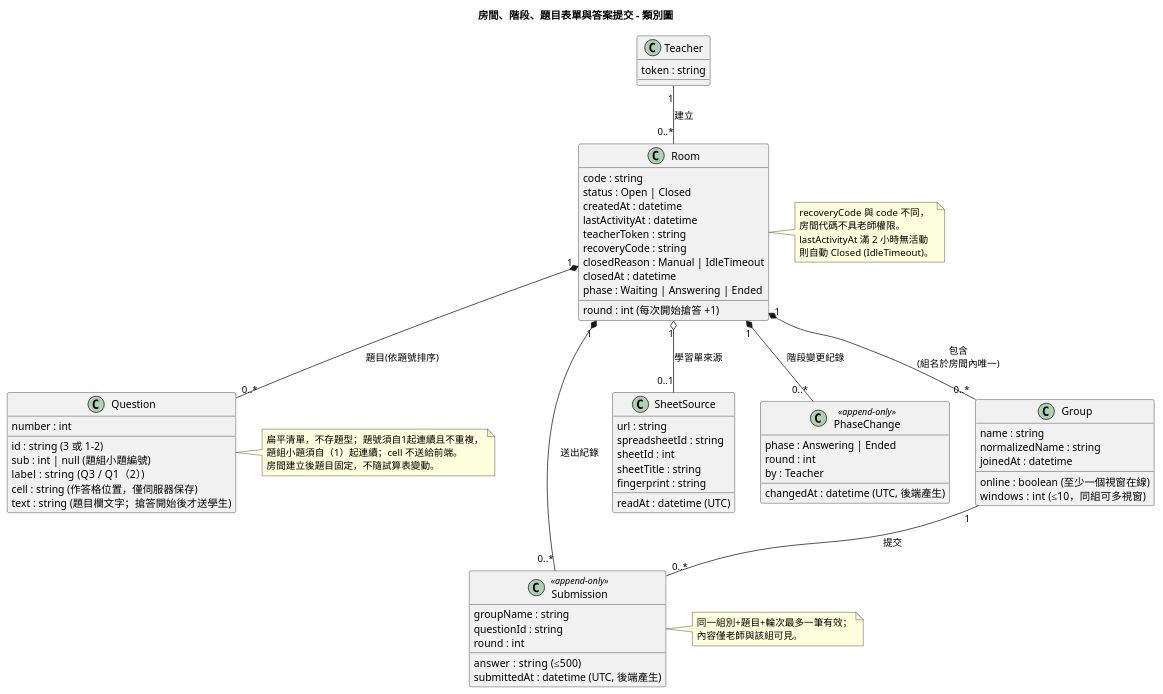
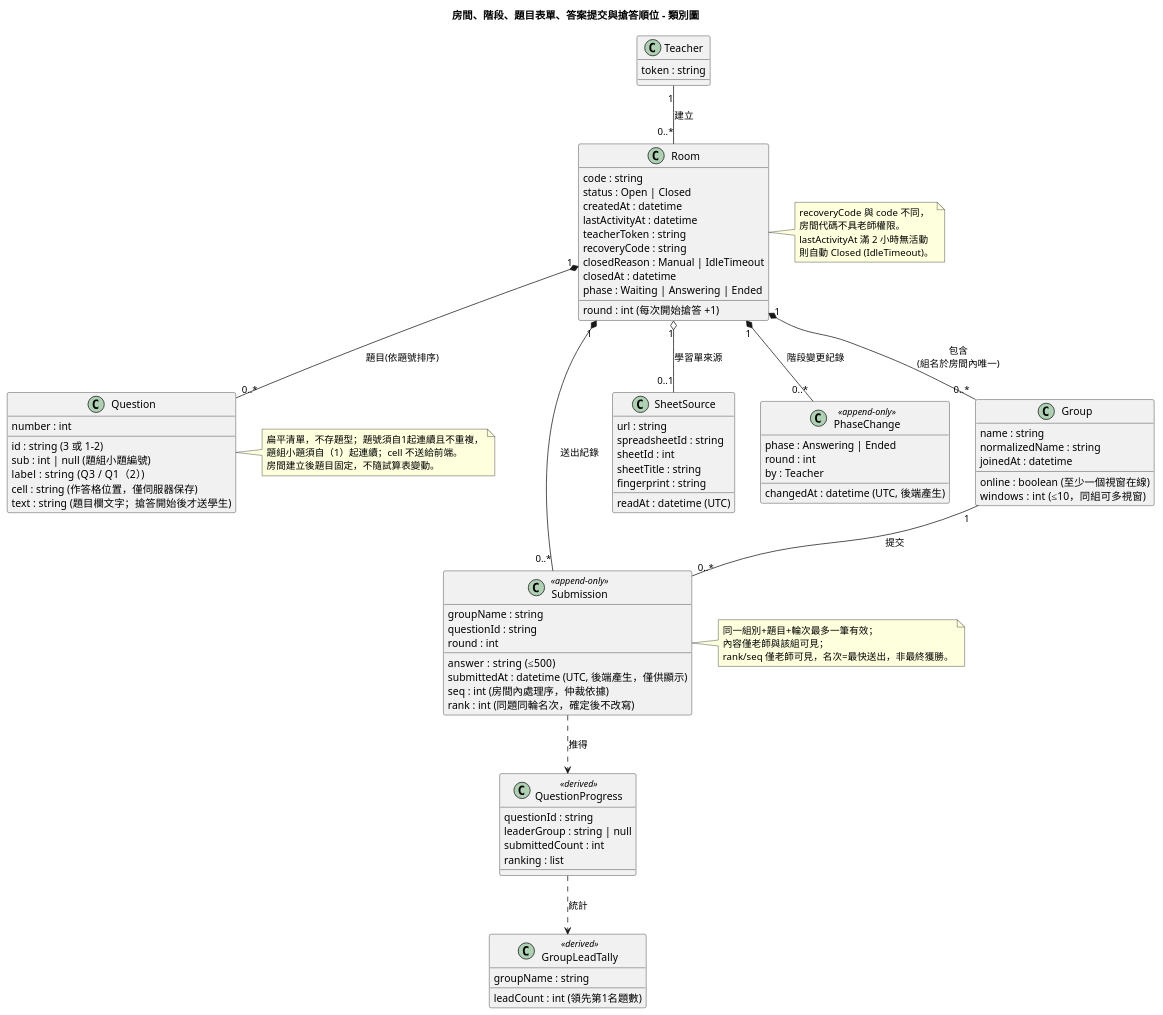
One commit to lin900822/ncu-se-final changed the diagram in diagrams/class.puml. Above: the diagram before and after it, drawn with PlantUML. The commit also changed 27 other files, not shown here.

```diff
--- a/diagrams/class.puml
+++ b/diagrams/class.puml
@@ -1,76 +1,91 @@
 @startuml class
-title 房間、階段、題目表單與答案提交 - 類別圖
+title 房間、階段、題目表單、答案提交與搶答順位 - 類別圖
 class Room {
   code : string
   status : Open | Closed
   createdAt : datetime
   lastActivityAt : datetime
   teacherToken : string
   recoveryCode : string
   closedReason : Manual | IdleTimeout
   closedAt : datetime
   phase : Waiting | Answering | Ended
   round : int (每次開始搶答 +1)
 }
 class Question {
   id : string (3 或 1-2)
   number : int
   sub : int | null (題組小題編號)
   label : string (Q3 / Q1（2）)
   cell : string (作答格位置，僅伺服器保存)
   text : string (題目欄文字；搶答開始後才送學生)
 }
 class SheetSource {
   url : string
   spreadsheetId : string
   sheetId : int
   sheetTitle : string
   readAt : datetime (UTC)
   fingerprint : string
 }
 note right of Question
   扁平清單，不存題型；題號須自1起連續且不重複，
   題組小題須自（1）起連續；cell 不送給前端。
   房間建立後題目固定，不隨試算表變動。
 end note
 class Submission <<append-only>> {
   groupName : string
   questionId : string
   round : int
   answer : string (≤500)
-  submittedAt : datetime (UTC, 後端產生)
+  submittedAt : datetime (UTC, 後端產生，僅供顯示)
+  seq : int (房間內處理序，仲裁依據)
+  rank : int (同題同輪名次，確定後不改寫)
 }
 note right of Submission
   同一組別+題目+輪次最多一筆有效；
-  內容僅老師與該組可見。
+  內容僅老師與該組可見；
+  rank/seq 僅老師可見，名次=最快送出，非最終獲勝。
 end note
+class QuestionProgress <<derived>> {
+  questionId : string
+  leaderGroup : string | null
+  submittedCount : int
+  ranking : list
+}
+class GroupLeadTally <<derived>> {
+  groupName : string
+  leadCount : int (領先第1名題數)
+}
 class PhaseChange <<append-only>> {
   phase : Answering | Ended
   round : int
   by : Teacher
   changedAt : datetime (UTC, 後端產生)
 }
 class Group {
   name : string
   normalizedName : string
   online : boolean (至少一個視窗在線)
   windows : int (≤10，同組可多視窗)
   joinedAt : datetime
 }
 class Teacher {
   token : string
 }
 note right of Room
   recoveryCode 與 code 不同，
   房間代碼不具老師權限。
   lastActivityAt 滿 2 小時無活動
   則自動 Closed (IdleTimeout)。
 end note
 Teacher "1" -- "0..*" Room : 建立
 Room "1" *-- "0..*" PhaseChange : 階段變更紀錄
 Room "1" *-- "0..*" Submission : 送出紀錄
 Group "1" -- "0..*" Submission : 提交
+Submission ..> QuestionProgress : 推得
+QuestionProgress ..> GroupLeadTally : 統計
 Room "1" *-- "0..*" Question : 題目(依題號排序)
 Room "1" o-- "0..1" SheetSource : 學習單來源
 Room "1" *-- "0..*" Group : 包含\n(組名於房間內唯一)
 @enduml
```
